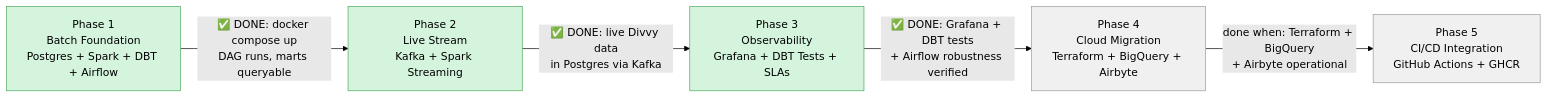
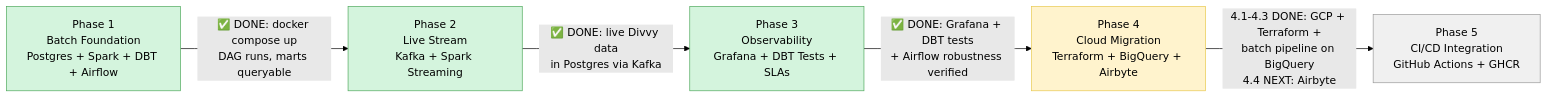
One commit to SagarMarthandan/chicago-data-pipeline changed the third of 3 diagrams in README.md. Above: the diagram before and after it, drawn with Mermaid (forest theme). The commit also changed other lines of this file and 25 other files, not shown here.

Commit message:
v25  Phase 4.3: Migrate batch pipeline from Postgres to GCS/BigQuery

````diff
--- a/README.md
+++ b/README.md
@@ -84,19 +118,19 @@
 ```mermaid
 graph LR
     P1["Phase 1<br/>Batch Foundation<br/>Postgres + Spark + DBT + Airflow"]
     P2["Phase 2<br/>Live Stream<br/>Kafka + Spark Streaming"]
     P3["Phase 3<br/>Observability<br/>Grafana + DBT Tests + SLAs"]
     P4["Phase 4<br/>Cloud Migration<br/>Terraform + BigQuery + Airbyte"]
     P5["Phase 5<br/>CI/CD Integration<br/>GitHub Actions + GHCR"]
 
     P1 -->|"✅ DONE: docker compose up<br/>DAG runs, marts queryable"| P2
     P2 -->|"✅ DONE: live Divvy data<br/>in Postgres via Kafka"| P3
     P3 -->|"✅ DONE: Grafana + DBT tests<br/>+ Airflow robustness verified"| P4
-    P4 -->|"done when: Terraform + BigQuery<br>+ Airbyte operational"| P5
+    P4 -->|"4.1-4.3 DONE: GCP + Terraform +<br/>batch pipeline on BigQuery<br/>4.4 NEXT: Airbyte"| P5
 
     style P1 fill:#d4f4dd,stroke:#4ca85a
     style P2 fill:#d4f4dd,stroke:#4ca85a
     style P3 fill:#d4f4dd,stroke:#4ca85a
-    style P4 fill:#f0f0f0,stroke:#999
+    style P4 fill:#fff3cd,stroke:#e8c84c
     style P5 fill:#f0f0f0,stroke:#999
 ```
````
